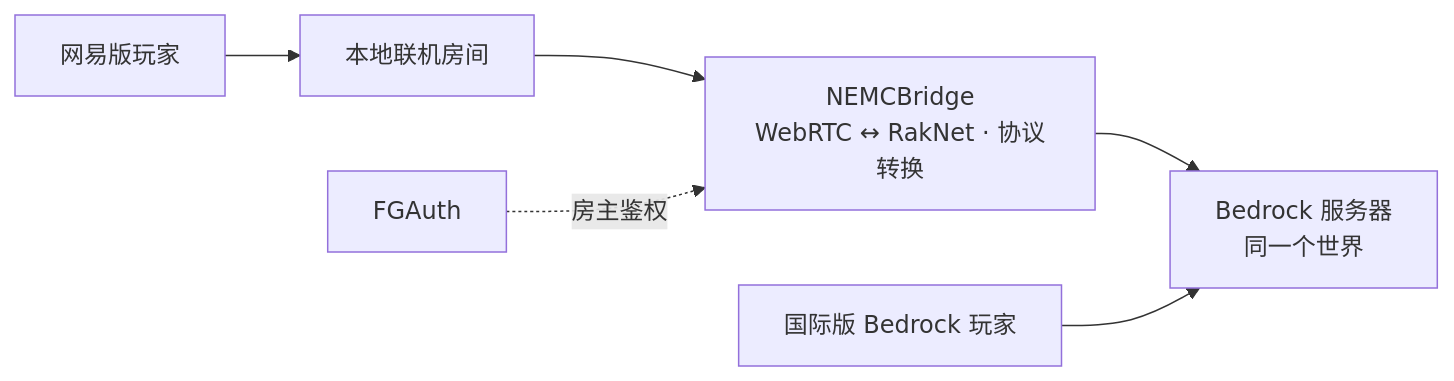
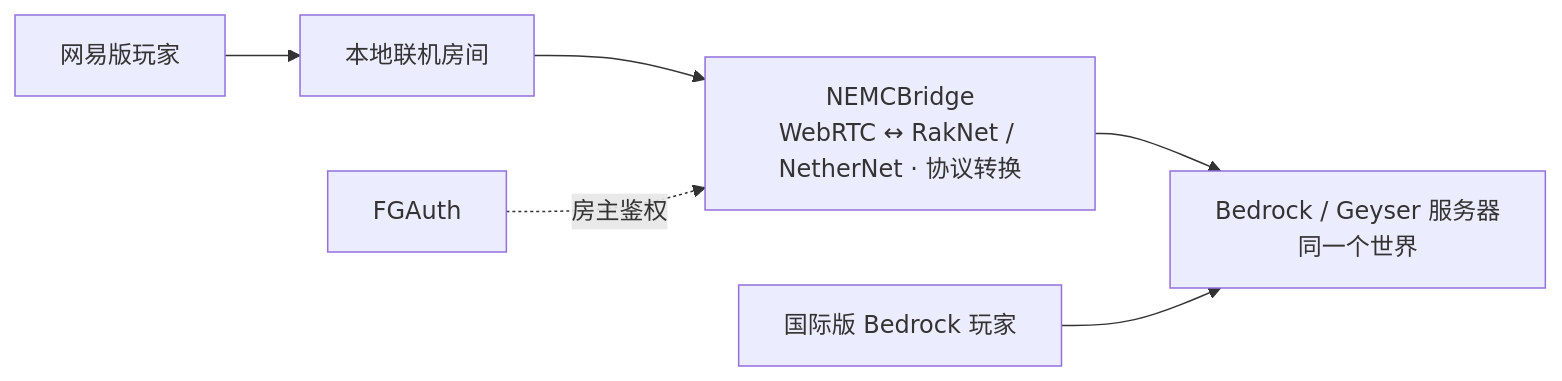
One commit to UCKETX/NEMCBridge changed the diagram in README.md. Above: the diagram before and after it, drawn with Mermaid. The commit also changed other lines of this file and 15 other files, not shown here.

````diff
--- a/README.md
+++ b/README.md
@@ -38,8 +31,8 @@
 ```mermaid
 flowchart LR
     N[网易版玩家] --> R[本地联机房间]
-    R --> L["NEMCBridge<br/>WebRTC ↔ RakNet · 协议转换"]
-    L --> B["Bedrock 服务器<br/>同一个世界"]
+    R --> L["NEMCBridge<br/>WebRTC ↔ RakNet / NetherNet · 协议转换"]
+    L --> B["Bedrock / Geyser 服务器<br/>同一个世界"]
     I[国际版 Bedrock 玩家] --> B
     F[FGAuth] -. 房主鉴权 .-> L
 ```
````
